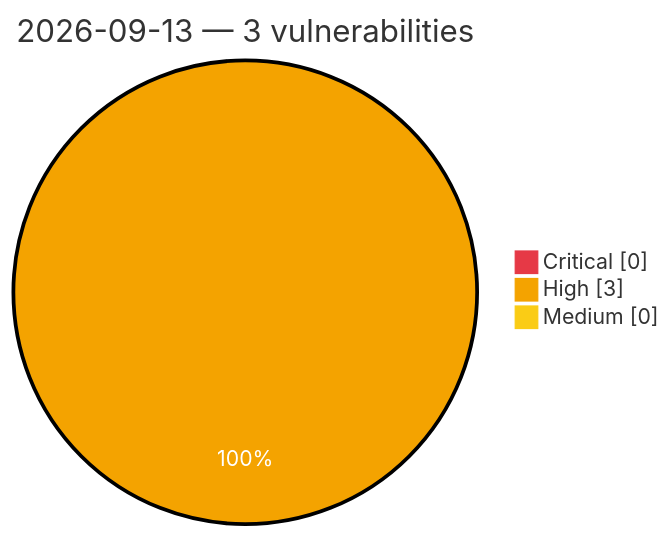
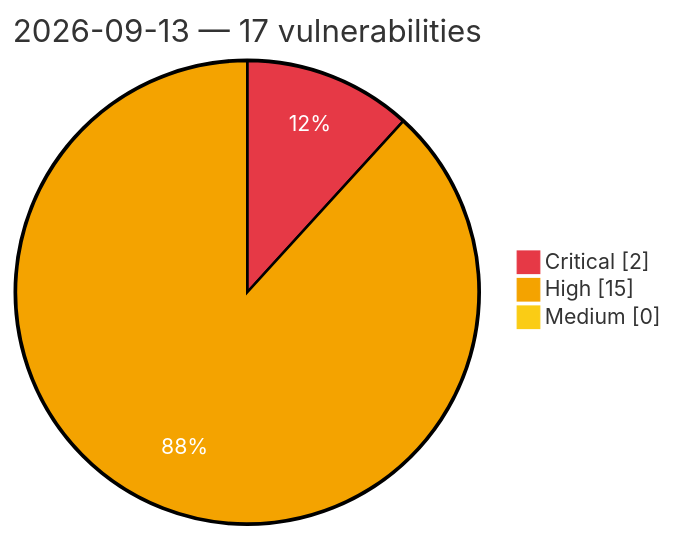
One commit to GhostX0X/vuln-tracker changed the diagram in vulnerabilities/2026/September/2026-09-13.md. Above: the diagram before and after it, drawn with Mermaid. The commit also changed other lines of this file and 5 other files, not shown here.

Commit message:
Auto update: critical/high vulns (2026-09-13 14:55 UTC)

````diff
--- a/vulnerabilities/2026/September/2026-09-13.md
+++ b/vulnerabilities/2026/September/2026-09-13.md
@@ -3,8 +3,8 @@
 ```mermaid
 %%{init: {'theme':'base', 'themeVariables': {'pie1':'#e63946', 'pie2':'#f4a300', 'pie3':'#facc15', 'pieOpacity':'1', 'pieOuterStrokeWidth':'2px', 'pieSectionTextColor':'#ffffff'}}}%%
 pie showData
-    title 2026-09-13 — 3 vulnerabilities
-    "Critical" : 0
-    "High" : 3
+    title 2026-09-13 — 17 vulnerabilities
+    "Critical" : 2
+    "High" : 15
     "Medium" : 0
 ```
````
